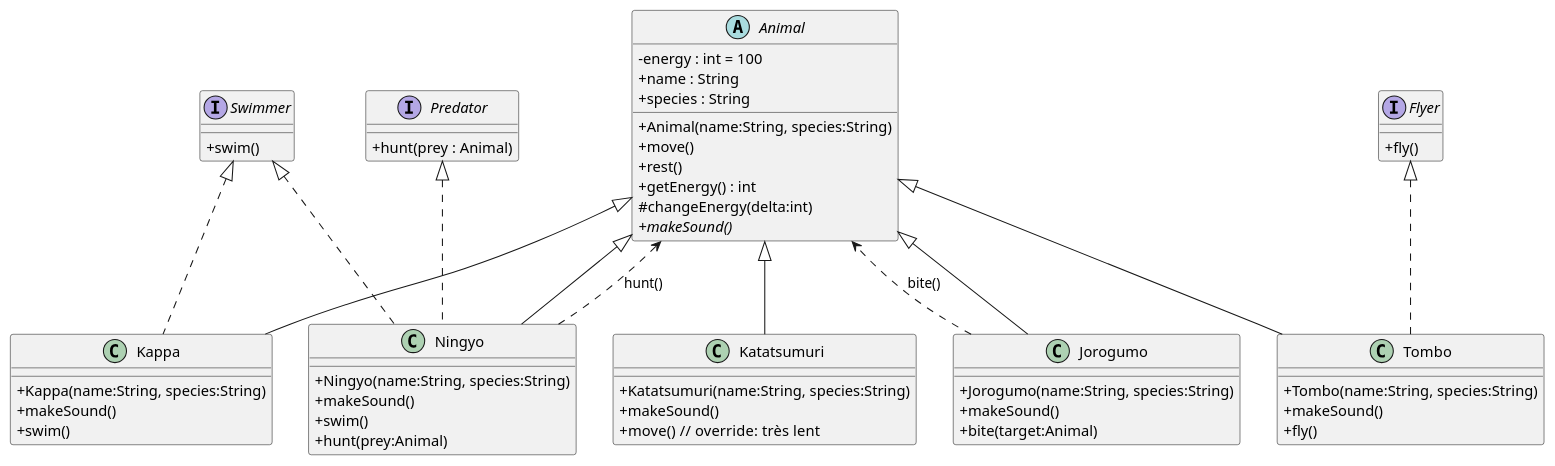
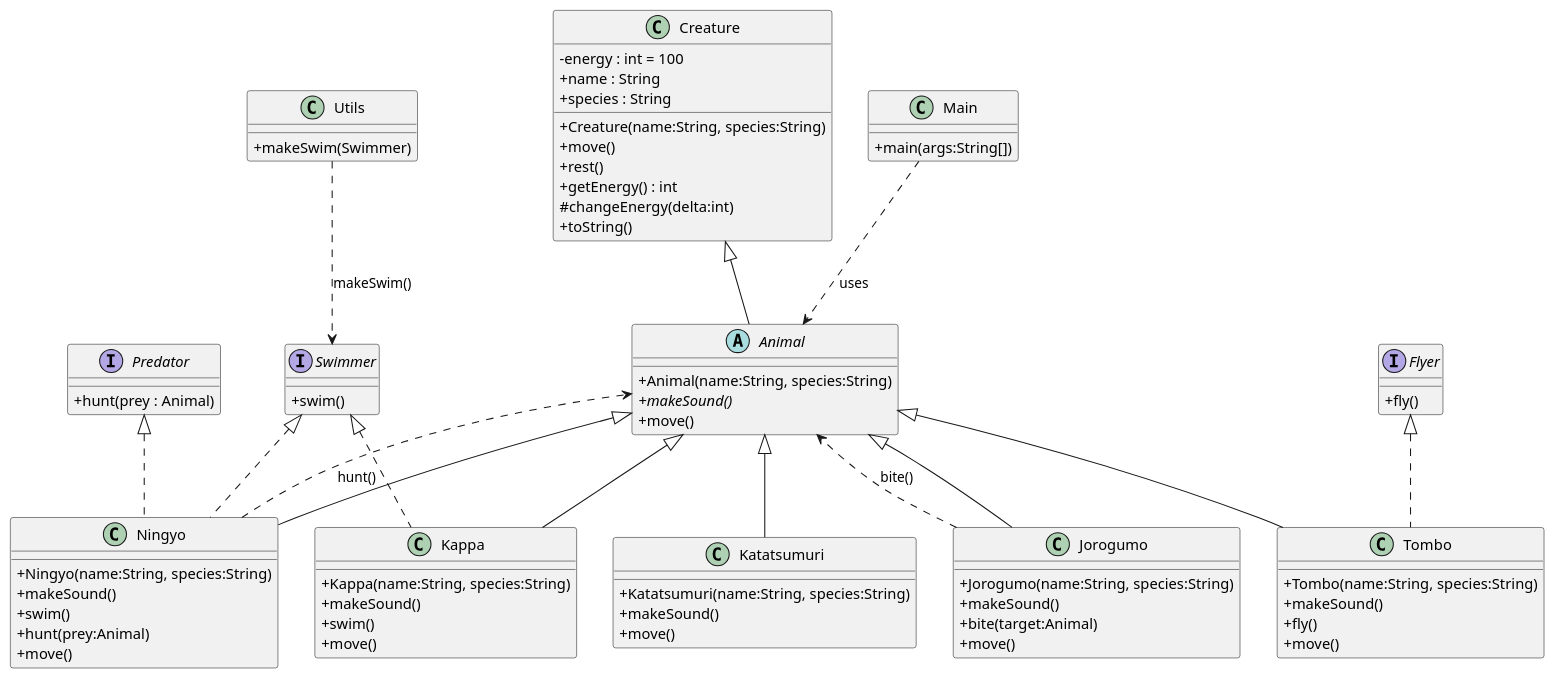
One commit to ryannnasa/miniExoTheo changed the diagram in src/diagram.puml. Above: the diagram before and after it, drawn with PlantUML. The commit also changed 2 other files, not shown here.

Commit message:
Add Class Diagram into the README

```diff
--- a/src/diagram.puml
+++ b/src/diagram.puml
@@ -1,78 +1,98 @@
 @startuml
 ' Diagramme de classes généré depuis le code source du projet
 
 skinparam classAttributeIconSize 0
-
-abstract class Animal {
+class Creature {
   - energy : int = 100
   + name : String
   + species : String
-  + Animal(name:String, species:String)
+  + Creature(name:String, species:String)
   + move()
   + rest()
   + getEnergy() : int
   # changeEnergy(delta:int)
+  + toString()
+}
+
+abstract class Animal {
+  + Animal(name:String, species:String)
   {abstract} + makeSound()
+  + move()
 }
 
 interface Swimmer {
   + swim()
 }
 
 interface Flyer {
   + fly()
 }
 
 interface Predator {
   + hunt(prey : Animal)
 }
 
 class Kappa {
   + Kappa(name:String, species:String)
   + makeSound()
   + swim()
+  + move()
 }
 
 class Ningyo {
   + Ningyo(name:String, species:String)
   + makeSound()
   + swim()
   + hunt(prey:Animal)
+  + move()
 }
 
 class Tombo {
   + Tombo(name:String, species:String)
   + makeSound()
   + fly()
+  + move()
 }
 
 class Jorogumo {
   + Jorogumo(name:String, species:String)
   + makeSound()
   + bite(target:Animal)
+  + move()
 }
 
 class Katatsumuri {
   + Katatsumuri(name:String, species:String)
   + makeSound()
-  + move()  // override: très lent
+  + move()
+}
+
+class Utils {
+  + makeSwim(Swimmer)
+}
+
+class Main {
+  + main(args:String[])
 }
 
 ' Héritage
+Creature <|-- Animal
 Animal <|-- Kappa
 Animal <|-- Ningyo
 Animal <|-- Tombo
 Animal <|-- Jorogumo
 Animal <|-- Katatsumuri
 
 ' Implémentations d'interfaces
 Swimmer <|.. Kappa
 Swimmer <|.. Ningyo
 Flyer <|.. Tombo
 Predator <|.. Ningyo
 
-' Utilisations
+' Utilisations / dépendances
 Jorogumo ..> Animal : bite()
 Ningyo ..> Animal : hunt()
+Utils ..> Swimmer : makeSwim()
+Main ..> Animal : uses
 
 @enduml
```
